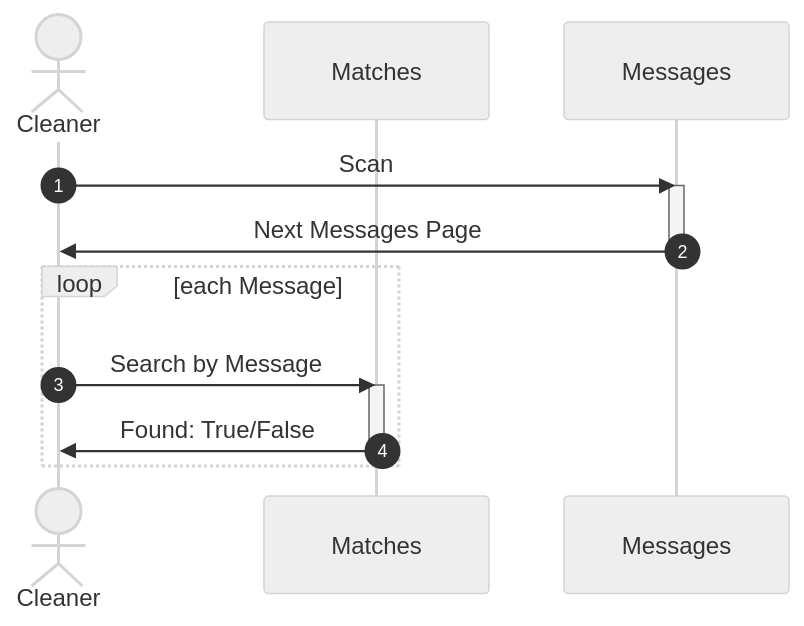
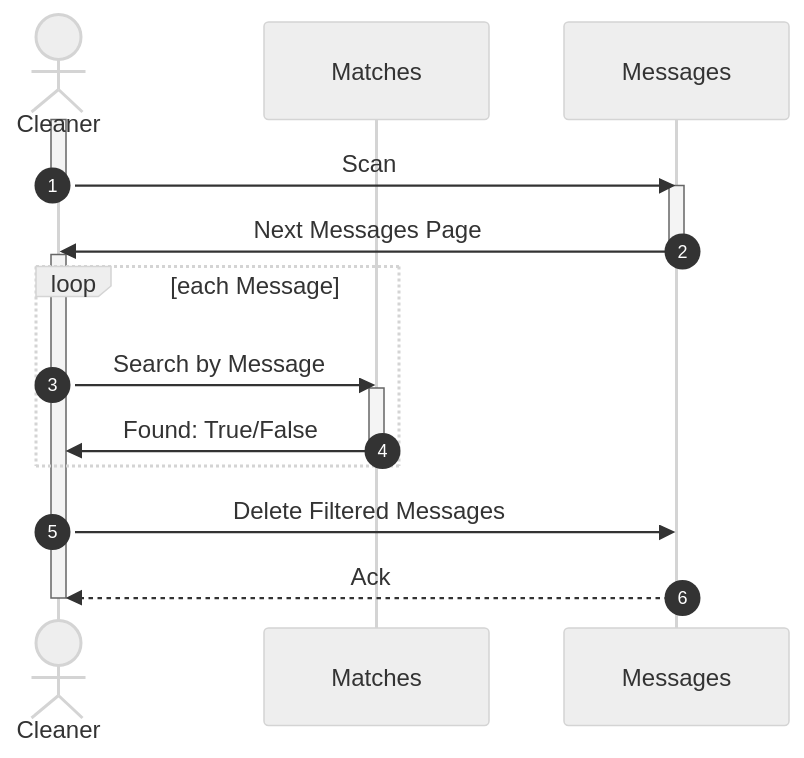
The third of 3 diagrams in profile/README.md (awakari/.github), drawn with Mermaid before and after one commit.

Commit message:
readme update

````diff
--- a/profile/README.md
+++ b/profile/README.md
@@ -232,24 +232,34 @@
 ```mermaid
 %%{init: {'theme': 'neutral' } }%%
 sequenceDiagram
 
     autonumber
     actor Cleaner
     participant Matches
     participant Messages
     
+    activate Cleaner
     Cleaner->>Messages: Scan
+    deactivate Cleaner
+    
     activate Messages
     Messages->>Cleaner: Next Messages Page
     deactivate Messages
      
+    activate Cleaner
     loop each Message
     
         Cleaner->>Matches: Search by Message
         activate Matches
+        
         Matches->>Cleaner: Found: True/False
-        deactivate Matches    
-    
+        deactivate Matches
+        
     end
     
+    Cleaner->>Messages: Delete Filtered Messages
+    activate Messages
+    Messages-->>Cleaner: Ack
+    
+    deactivate Cleaner
 ```
````
